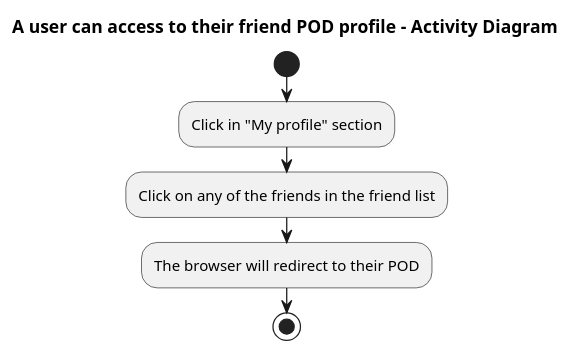
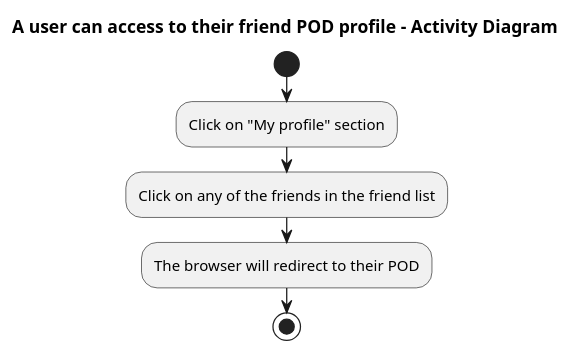
The diagram in src/docs/diagrams/06-04_accessingFriend.puml (Arquisoft/viade_en1b), drawn with PlantUML before and after one commit. The commit also changed 5 other files, not shown here.

```diff
--- a/src/docs/diagrams/06-04_accessingFriend.puml
+++ b/src/docs/diagrams/06-04_accessingFriend.puml
@@ -1,11 +1,11 @@
 title A user can access to their friend POD profile - Activity Diagram 
 
 start
 
-:Click in "My profile" section;
+:Click on "My profile" section;
 
 :Click on any of the friends in the friend list;
 
 :The browser will redirect to their POD;
 
 stop
```
